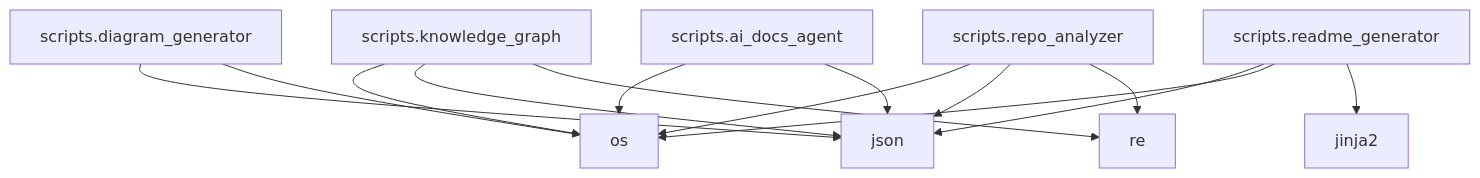
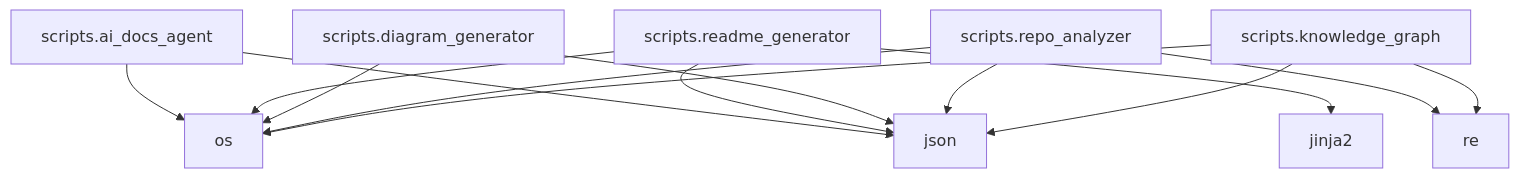
Before and after one commit to NITISH-R-G/FACE-EMOTION-DETECTION: the diagram in README.md, drawn with Mermaid. The commit also changed other lines of this file and 3 other files, not shown here.

Commit message:
docs: auto-update repository documentation and diagrams [skip ci]

````diff
--- a/README.md
+++ b/README.md
@@ -45,30 +45,30 @@
 ```mermaid
 graph TD;
-    scripts_knowledge_graph["scripts.knowledge_graph"];
-    click scripts_knowledge_graph "scripts/knowledge_graph.py" "View source";
+    scripts_ai_docs_agent["scripts.ai_docs_agent"];
+    click scripts_ai_docs_agent "scripts/ai_docs_agent.py" "View source";
     os["os"];
     json["json"];
-    re["re"];
+    scripts_readme_generator["scripts.readme_generator"];
+    click scripts_readme_generator "scripts/readme_generator.py" "View source";
+    jinja2["jinja2"];
     scripts_diagram_generator["scripts.diagram_generator"];
     click scripts_diagram_generator "scripts/diagram_generator.py" "View source";
     scripts_repo_analyzer["scripts.repo_analyzer"];
     click scripts_repo_analyzer "scripts/repo_analyzer.py" "View source";
-    scripts_readme_generator["scripts.readme_generator"];
-    click scripts_readme_generator "scripts/readme_generator.py" "View source";
-    jinja2["jinja2"];
-    scripts_ai_docs_agent["scripts.ai_docs_agent"];
-    click scripts_ai_docs_agent "scripts/ai_docs_agent.py" "View source";
-    scripts_knowledge_graph --> os;
-    scripts_knowledge_graph --> json;
-    scripts_knowledge_graph --> re;
+    re["re"];
+    scripts_knowledge_graph["scripts.knowledge_graph"];
+    click scripts_knowledge_graph "scripts/knowledge_graph.py" "View source";
+    scripts_ai_docs_agent --> os;
+    scripts_ai_docs_agent --> json;
+    scripts_readme_generator --> json;
+    scripts_readme_generator --> os;
+    scripts_readme_generator --> jinja2;
     scripts_diagram_generator --> json;
     scripts_diagram_generator --> os;
     scripts_repo_analyzer --> os;
     scripts_repo_analyzer --> json;
     scripts_repo_analyzer --> re;
-    scripts_readme_generator --> json;
-    scripts_readme_generator --> os;
-    scripts_readme_generator --> jinja2;
-    scripts_ai_docs_agent --> os;
-    scripts_ai_docs_agent --> json;
+    scripts_knowledge_graph --> os;
+    scripts_knowledge_graph --> json;
+    scripts_knowledge_graph --> re;
 ```
````
